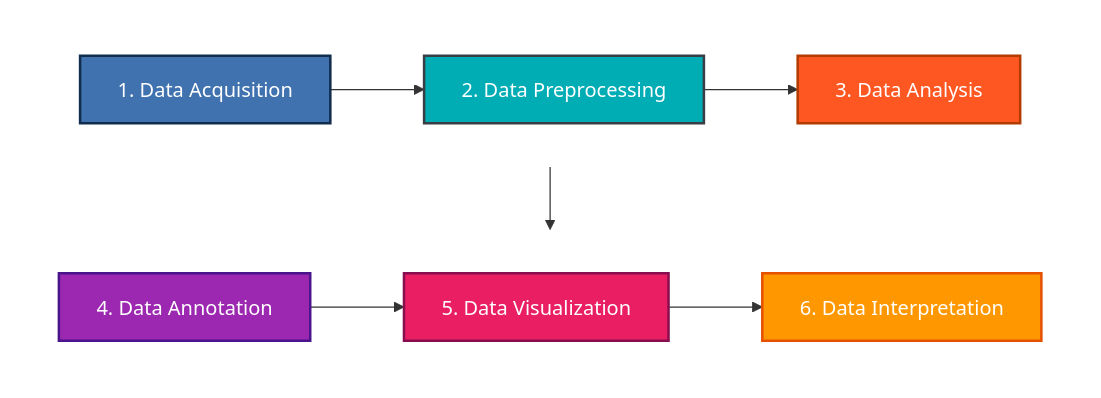
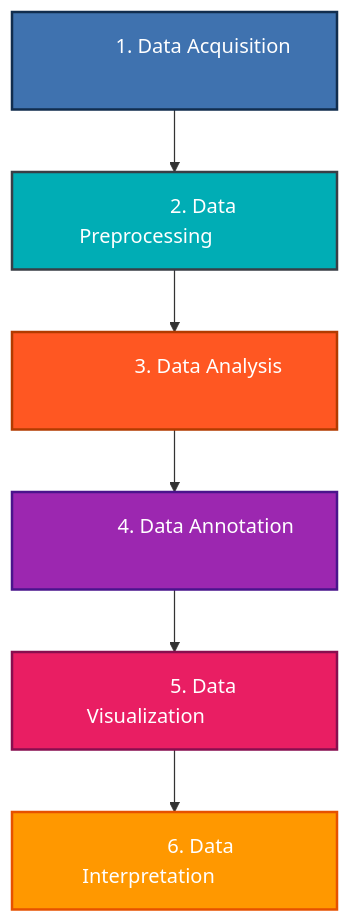
One commit to JoseManurung/PDAC-PNI-Transcriptomics-Analysis changed the diagram in README.md. Above: the diagram before and after it, drawn with Mermaid.

````diff
--- a/README.md
+++ b/README.md
@@ -85,31 +85,25 @@
 ```mermaid
 graph TD
-    %% Top Row: Steps 1 to 4 (Flowing Left to Right)
-    subgraph Row1 [ ]
-        direction LR
-        S1["1. Data Acquisition"] --> S2["2. Data Preprocessing"]
-        S2 --> S3["3. Data Analysis"]
-    end
+    %% Node Definitions with Inline Padding for Uniform Box Sizes
+    S1["&nbsp;&nbsp;&nbsp;&nbsp;&nbsp;&nbsp;&nbsp;&nbsp;&nbsp;&nbsp;&nbsp; 1. Data Acquisition &nbsp;&nbsp;&nbsp;&nbsp;&nbsp;&nbsp;&nbsp;&nbsp;&nbsp;&nbsp;&nbsp;"]
+    S2["&nbsp;&nbsp;&nbsp;&nbsp;&nbsp;&nbsp;&nbsp;&nbsp;&nbsp;&nbsp;&nbsp; 2. Data Preprocessing &nbsp;&nbsp;&nbsp;&nbsp;&nbsp;&nbsp;&nbsp;&nbsp;&nbsp;&nbsp;"]
+    S3["&nbsp;&nbsp;&nbsp;&nbsp;&nbsp;&nbsp;&nbsp;&nbsp;&nbsp;&nbsp;&nbsp;&nbsp;&nbsp; 3. Data Analysis &nbsp;&nbsp;&nbsp;&nbsp;&nbsp;&nbsp;&nbsp;&nbsp;&nbsp;&nbsp;&nbsp;&nbsp;&nbsp;"]
+    S4["&nbsp;&nbsp;&nbsp;&nbsp;&nbsp;&nbsp;&nbsp;&nbsp;&nbsp;&nbsp;&nbsp;&nbsp; 4. Data Annotation &nbsp;&nbsp;&nbsp;&nbsp;&nbsp;&nbsp;&nbsp;&nbsp;&nbsp;&nbsp;&nbsp;&nbsp;"]
+    S5["&nbsp;&nbsp;&nbsp;&nbsp;&nbsp;&nbsp;&nbsp;&nbsp;&nbsp;&nbsp;&nbsp; 5. Data Visualization &nbsp;&nbsp;&nbsp;&nbsp;&nbsp;&nbsp;&nbsp;&nbsp;&nbsp;&nbsp;"]
+    S6["&nbsp;&nbsp;&nbsp;&nbsp;&nbsp;&nbsp;&nbsp;&nbsp;&nbsp;&nbsp; 6. Data Interpretation &nbsp;&nbsp;&nbsp;&nbsp;&nbsp;&nbsp;&nbsp;&nbsp;&nbsp;"]
 
-    %% Vertical connector from Step 3 down to Step 4
+    %% Sequential Flow Connections
+    S1 --> S2
+    S2 --> S3
     S3 --> S4
+    S4 --> S5
+    S5 --> S6
 
-    %% Bottom Row: Steps 4 to 6 (Flowing Right to Left)
-    subgraph Row2 [ ]
-        direction LR
-        S4["4. Data Annotation"] --> S5["5. Data Visualization"]
-        S5 --> S6["6. Data Interpretation"]
-    end
-
-    %% Creative Colorful Styling for Each Step
+    %% Color Palette and Styling Definitions
     style S1 fill:#3f72af,color:#fff,stroke:#112d4e,stroke-width:2px
     style S2 fill:#00adb5,color:#fff,stroke:#393e46,stroke-width:2px
     style S3 fill:#ff5722,color:#fff,stroke:#b23b00,stroke-width:2px
     style S4 fill:#9c27b0,color:#fff,stroke:#4a148c,stroke-width:2px
     style S5 fill:#e91e63,color:#fff,stroke:#880e4f,stroke-width:2px
     style S6 fill:#ff9800,color:#fff,stroke:#e65100,stroke-width:2px
-
-    %% Remove subgraph borders and background for a clean layout
-    style Row1 fill:transparent,stroke:none
-    style Row2 fill:transparent,stroke:none
 ```
````
